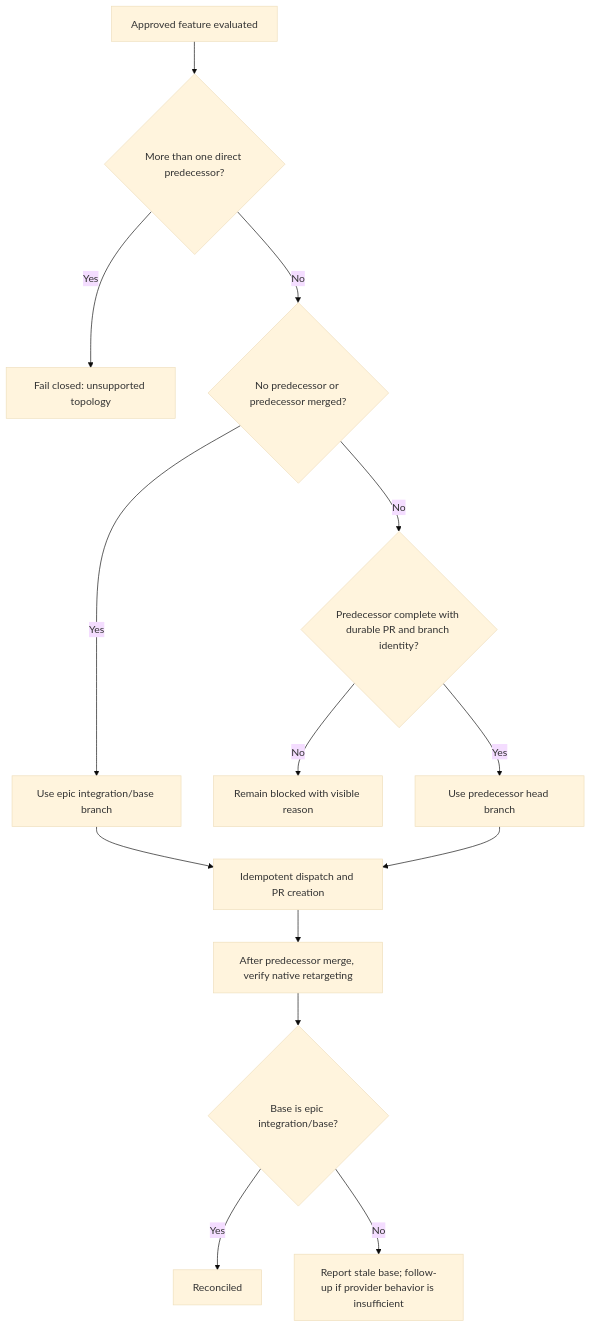
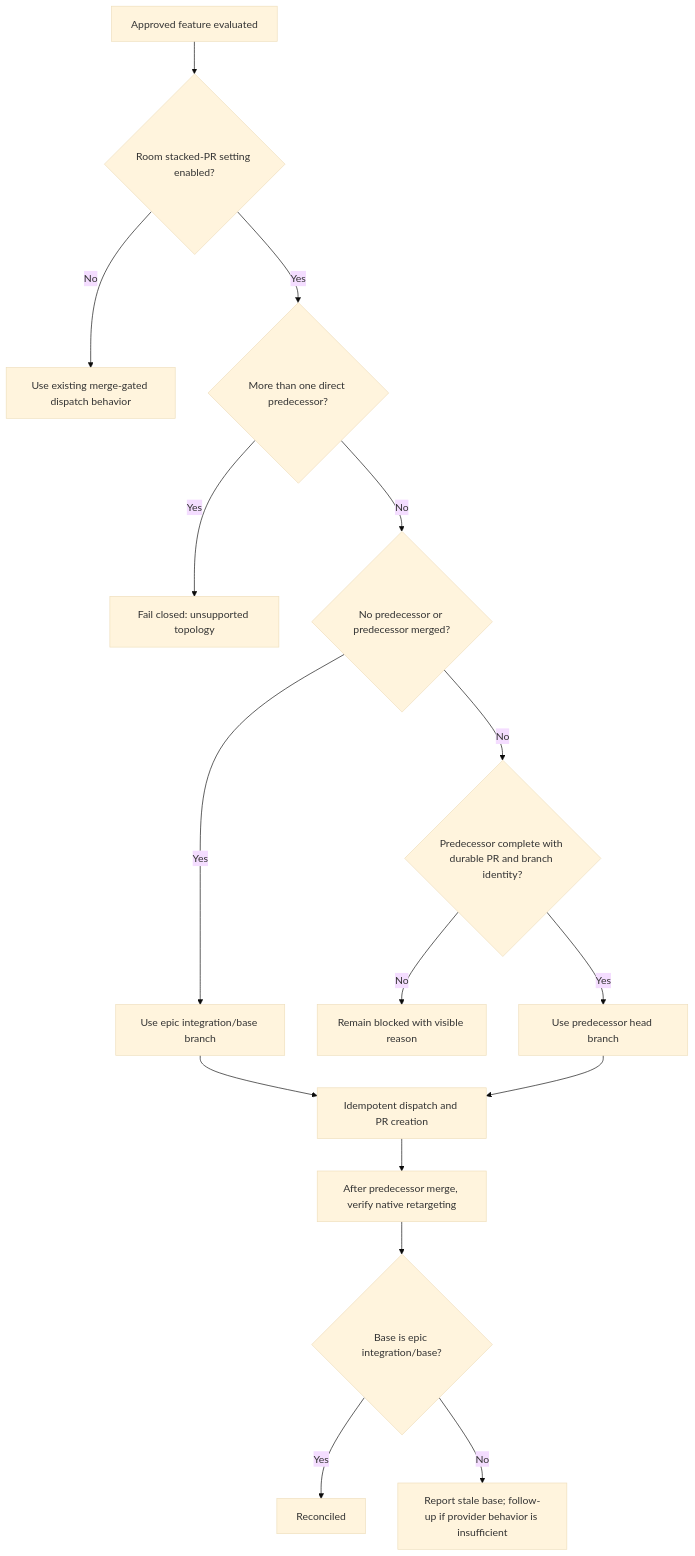
The diagram in docs/features/1_backlog/feat_007_001_dispatch_and_retarget_stacked_feature_prs.md (vincentc-b/CascadeCode), drawn with Mermaid (base theme) before and after one commit. The commit also changed other lines of this file, not shown here.

Commit message:
docs: feat_007_001 Dispatch and retarget stacked feature PRs

````diff
--- a/docs/features/1_backlog/feat_007_001_dispatch_and_retarget_stacked_feature_prs.md
+++ b/docs/features/1_backlog/feat_007_001_dispatch_and_retarget_stacked_feature_prs.md
@@ -90,16 +99,18 @@
 ```mermaid
 flowchart TD
-  A[Approved feature evaluated] --> B{More than one direct predecessor?}
+  A[Approved feature evaluated] --> S{Room stacked-PR setting enabled?}
+  S -- No --> X[Use existing merge-gated dispatch behavior]
+  S -- Yes --> B{More than one direct predecessor?}
   B -- Yes --> C[Fail closed: unsupported topology]
   B -- No --> D{No predecessor or predecessor merged?}
   D -- Yes --> E[Use epic integration/base branch]
   D -- No --> F{Predecessor complete with durable PR and branch identity?}
   F -- No --> G[Remain blocked with visible reason]
   F -- Yes --> H[Use predecessor head branch]
   E --> I[Idempotent dispatch and PR creation]
   H --> I
   I --> J[After predecessor merge, verify native retargeting]
   J --> K{Base is epic integration/base?}
   K -- Yes --> L[Reconciled]
   K -- No --> M[Report stale base; follow-up if provider behavior is insufficient]
 ```
````
